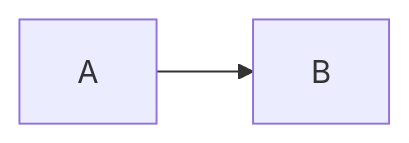
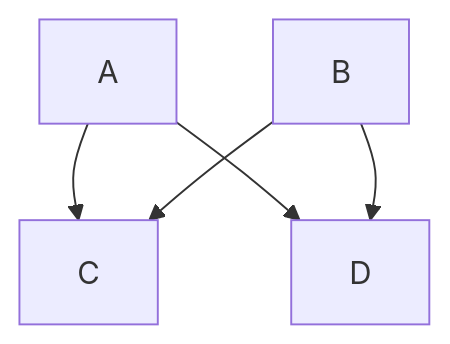
One commit to mermaid-js/mermaid changed the first of 2 diagrams in docs/diagrams-and-syntax-and-examples/flowchart.md. Above: the diagram before and after it, drawn with Mermaid. The commit also changed other lines of this file and 380 other files, not shown here.

````diff
--- a/docs/diagrams-and-syntax-and-examples/flowchart.md
+++ b/docs/diagrams-and-syntax-and-examples/flowchart.md
@@ -233,4 +250,7 @@
-```mermaid
-graph LR
-    A-->B
+```mmd
+graph TB
+    A --> C
+    A --> D
+    B --> C
+    B --> D
 ```
````
